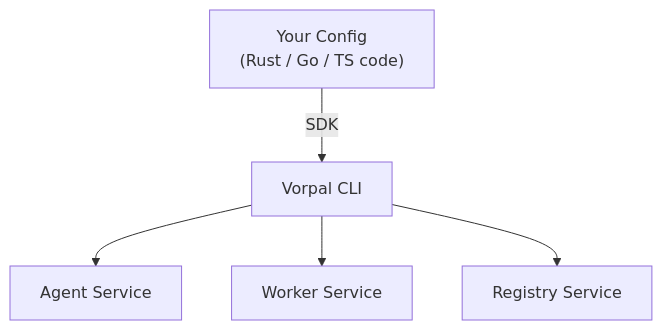
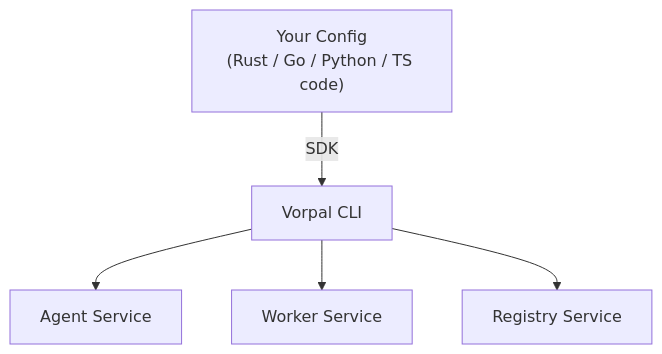
Before and after one commit to ALT-F4-LLC/vorpal: the diagram in website/src/content/docs/concepts/architecture.md, drawn with Mermaid. The commit also changed other lines of this file and 7 other files, not shown here.

First line of the commit message:
docs(website): fix quickstart, installer, config and Python facts (#562)

````diff
--- a/website/src/content/docs/concepts/architecture.md
+++ b/website/src/content/docs/concepts/architecture.md
@@ -12,8 +12,8 @@
 ```mermaid
 flowchart TD
-    Config["Your Config\n(Rust / Go / TS code)"]
+    Config["Your Config\n(Rust / Go / Python / TS code)"]
     Config -->|SDK| CLI["Vorpal CLI"]
     CLI --> Agent["Agent Service"]
     CLI --> Worker["Worker Service"]
     CLI --> Registry["Registry Service"]
 ```
````
